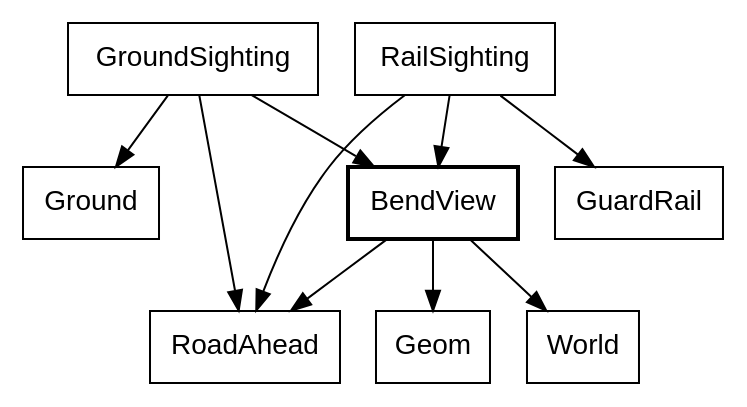
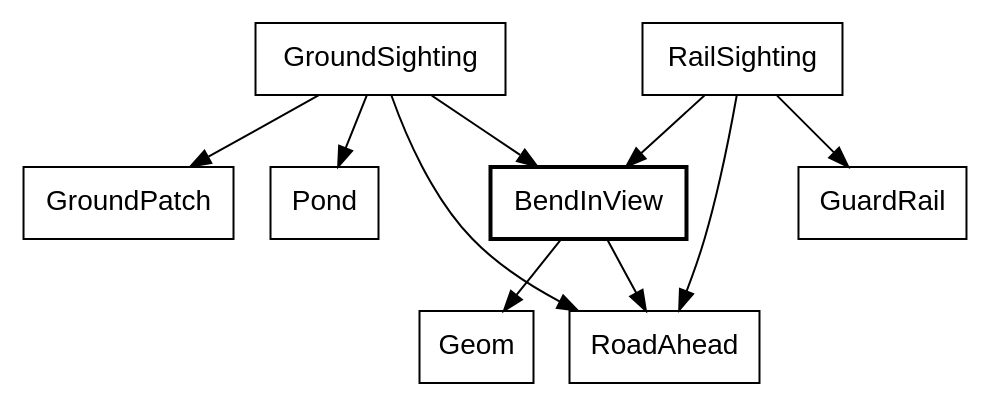
One commit to showell/roc-apps changed diagram 11 of 34 in canvas_apps/safari/tutorial/tutorial.md. Above: the diagram before and after it, drawn with Graphviz. The commit also changed other lines of this file, not shown here.

Commit message:
tutorial: the road and rails, accuracy round 1

````diff
--- a/canvas_apps/safari/tutorial/tutorial.md
+++ b/canvas_apps/safari/tutorial/tutorial.md
@@ -916,15 +916,15 @@
 ```dot
 digraph road {
   node [shape=box, fontname="Helvetica"];
-  BendView [style=bold];
-  GroundSighting -> BendView;
-  RailSighting -> BendView;
-  GroundSighting -> Ground;
+  BendInView [style=bold];
+  GroundSighting -> BendInView;
+  RailSighting -> BendInView;
+  GroundSighting -> GroundPatch;
+  GroundSighting -> Pond;
   RailSighting -> GuardRail;
   GroundSighting -> RoadAhead;
   RailSighting -> RoadAhead;
-  BendView -> RoadAhead;
-  BendView -> Geom;
-  BendView -> World;
+  BendInView -> RoadAhead;
+  BendInView -> Geom;
 }
 ```
````
